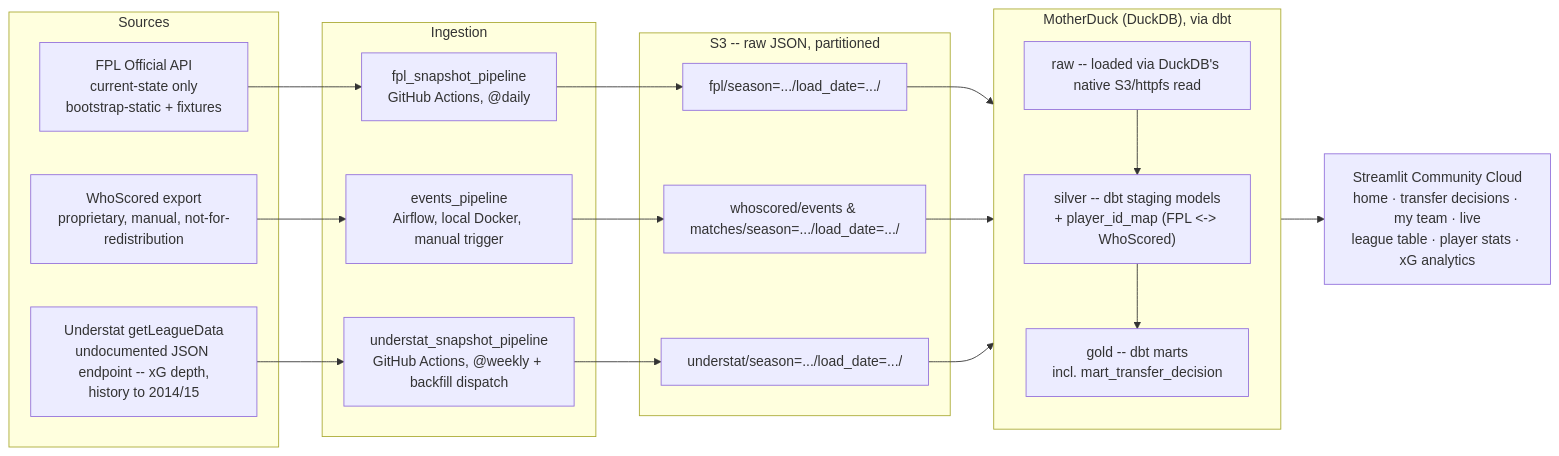
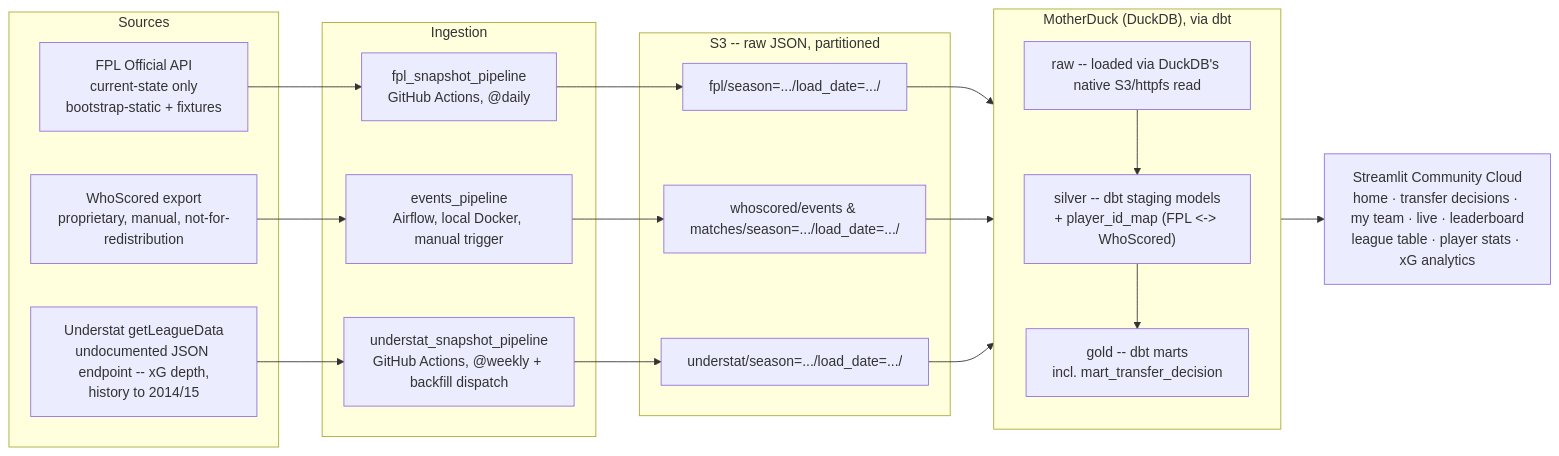
Before and after one commit to liban-osman/premier-league: the diagram in docs/architecture.md, drawn with Mermaid. The commit also changed other lines of this file and 4 other files, not shown here.

First line of the commit message:
feat: mini-league Leaderboard page

````diff
--- a/docs/architecture.md
+++ b/docs/architecture.md
@@ -10,32 +10,32 @@
 ```mermaid
 flowchart LR
     subgraph Sources
         FPL["FPL Official API<br/>current-state only<br/>bootstrap-static + fixtures"]
         WS["WhoScored export<br/>proprietary, manual, not-for-redistribution"]
         US["Understat getLeagueData<br/>undocumented JSON endpoint -- xG depth,<br/>history to 2014/15"]
     end
 
     subgraph Ingestion["Ingestion"]
         FPL_TASK["fpl_snapshot_pipeline<br/>GitHub Actions, @daily"]
         WS_TASK["events_pipeline<br/>Airflow, local Docker, manual trigger"]
         US_TASK["understat_snapshot_pipeline<br/>GitHub Actions, @weekly + backfill dispatch"]
     end
 
     subgraph Landing["S3 -- raw JSON, partitioned"]
         S3_FPL["fpl/season=.../load_date=.../"]
         S3_WS["whoscored/events & matches/season=.../load_date=.../"]
         S3_US["understat/season=.../load_date=.../"]
     end
 
     subgraph Warehouse["MotherDuck (DuckDB), via dbt"]
         direction TB
         RAW["raw -- loaded via DuckDB's native S3/httpfs read"] --> SILVER["silver -- dbt staging models<br/>+ player_id_map (FPL <-> WhoScored)"] --> GOLD["gold -- dbt marts<br/>incl. mart_transfer_decision"]
     end
 
-    Consumption["Streamlit Community Cloud<br/>home · transfer decisions · my team · live<br/>league table · player stats · xG analytics"]
+    Consumption["Streamlit Community Cloud<br/>home · transfer decisions · my team · live · leaderboard<br/>league table · player stats · xG analytics"]
 
     FPL --> FPL_TASK --> S3_FPL --> RAW
     WS --> WS_TASK --> S3_WS --> RAW
     US --> US_TASK --> S3_US --> RAW
     GOLD --> Consumption
 ```
````
